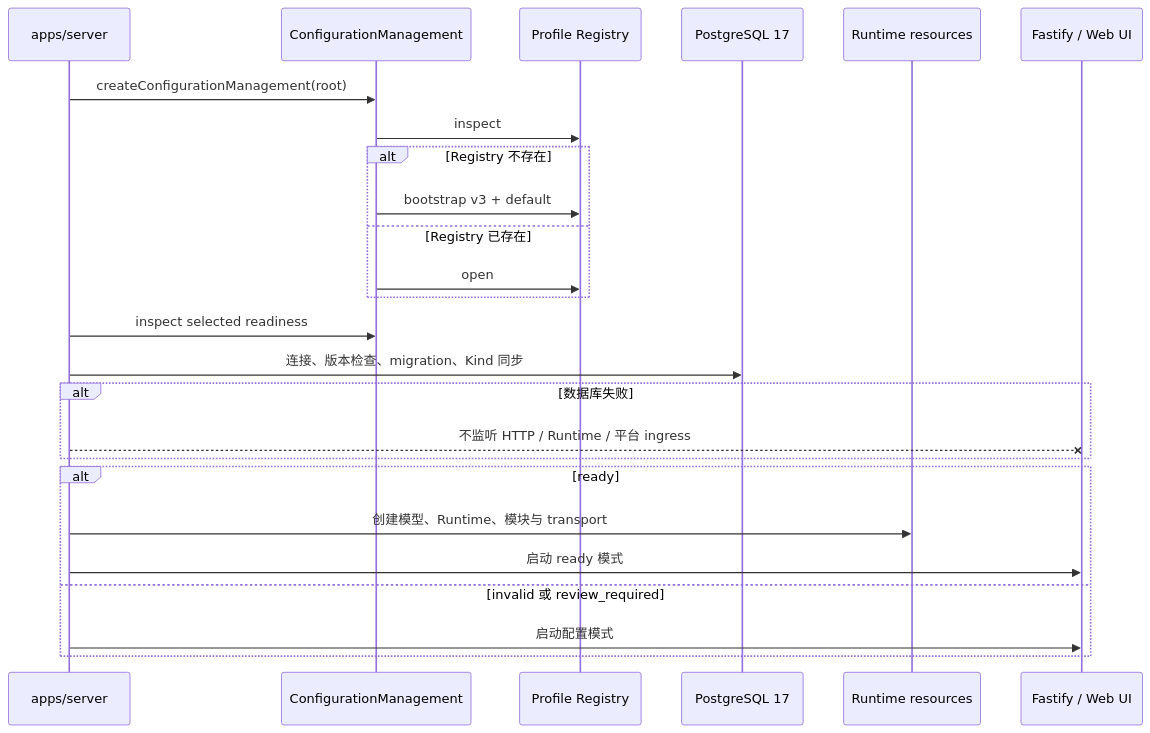
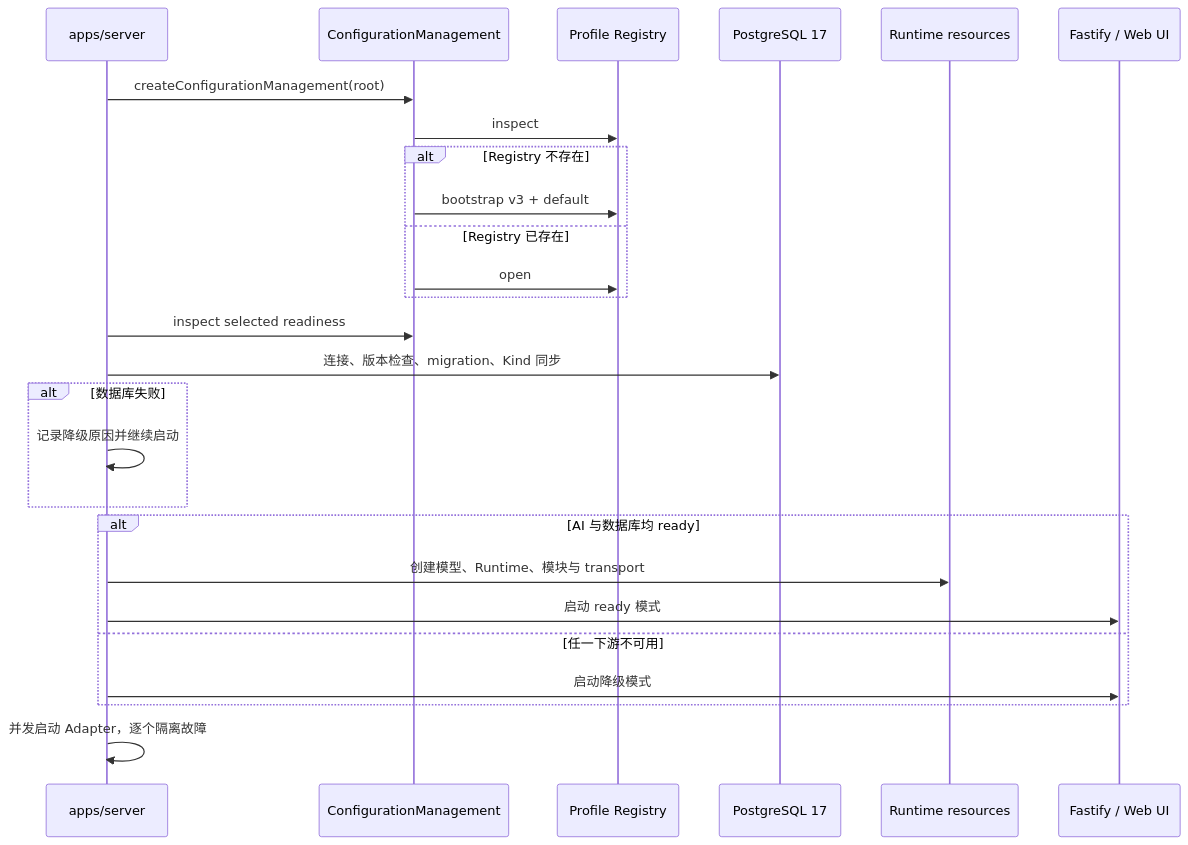
Before and after one commit to posanbu/Kaguya: the diagram in docs/developers/configuration-lifecycle.md, drawn with Mermaid. The commit also changed other lines of this file and 29 other files, not shown here.

````diff
--- a/docs/developers/configuration-lifecycle.md
+++ b/docs/developers/configuration-lifecycle.md
@@ -12,28 +12,29 @@
 ```mermaid
 sequenceDiagram
   participant S as apps/server
   participant C as ConfigurationManagement
   participant P as Profile Registry
   participant D as PostgreSQL 17
   participant R as Runtime resources
   participant H as Fastify / Web UI
 
   S->>C: createConfigurationManagement(root)
   C->>P: inspect
   alt Registry 不存在
     C->>P: bootstrap v3 + default
   else Registry 已存在
     C->>P: open
   end
   S->>C: inspect selected readiness
   S->>D: 连接、版本检查、migration、Kind 同步
   alt 数据库失败
-    S--xH: 不监听 HTTP / Runtime / 平台 ingress
+    S->>S: 记录降级原因并继续启动
   end
-  alt ready
+  alt AI 与数据库均 ready
     S->>R: 创建模型、Runtime、模块与 transport
     S->>H: 启动 ready 模式
-  else invalid 或 review_required
-    S->>H: 启动配置模式
+  else 任一下游不可用
+    S->>H: 启动降级模式
   end
+  S->>S: 并发启动 Adapter，逐个隔离故障
 ```
````
